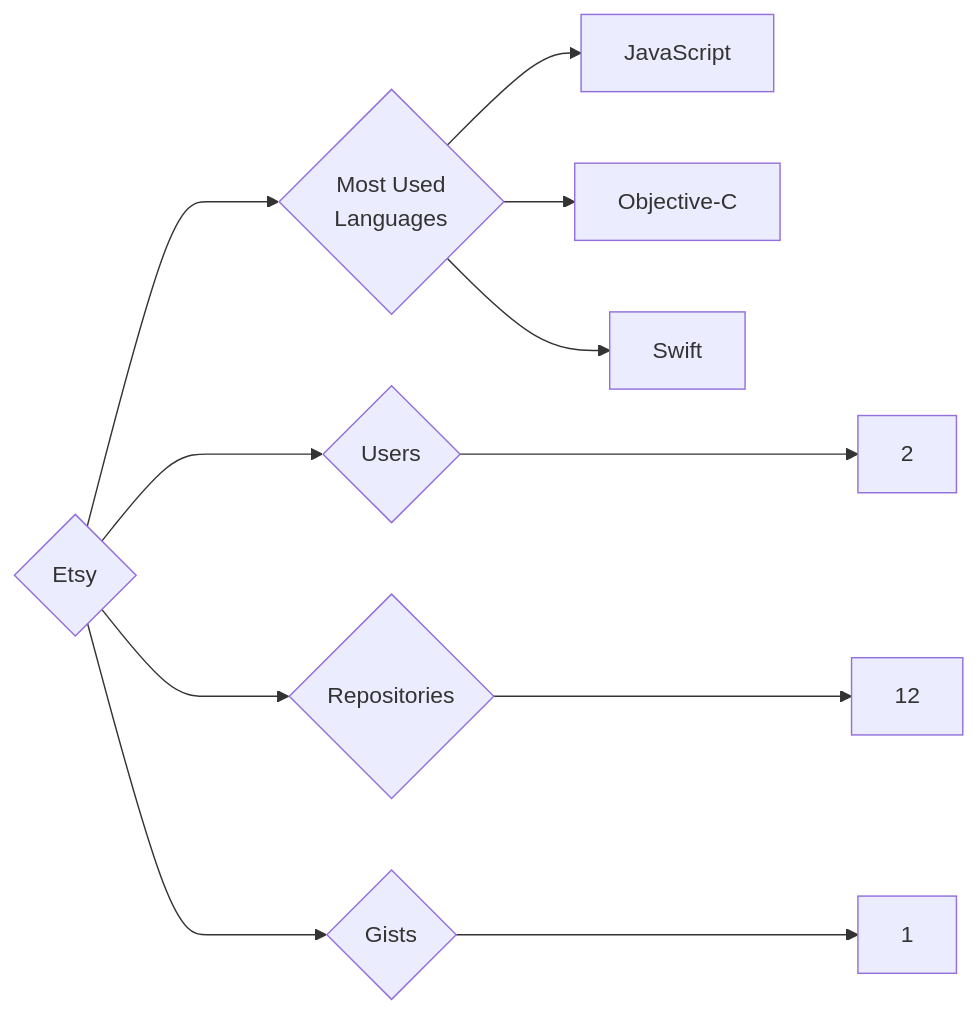
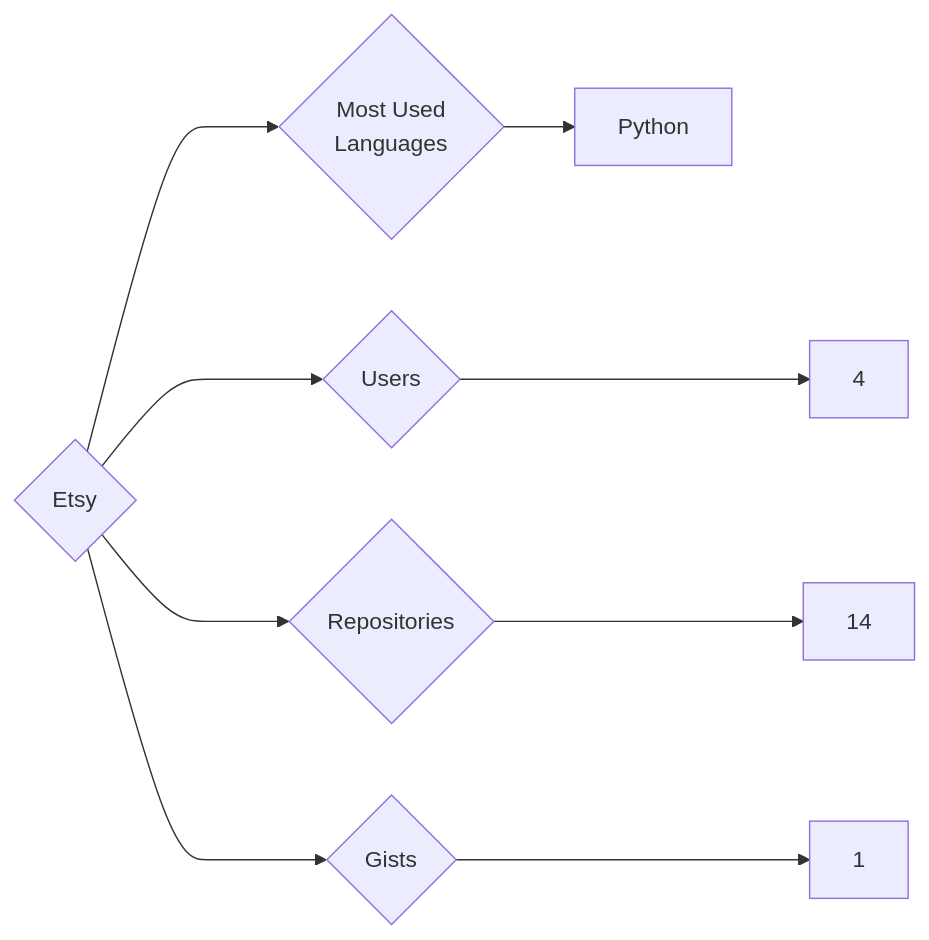
The diagram in targets/Etsy/README.md (trickest/insiders), drawn with Mermaid before and after one commit. The commit also changed 1166 other files, not shown here.

````diff
--- a/targets/Etsy/README.md
+++ b/targets/Etsy/README.md
@@ -3,11 +3,9 @@
 ```mermaid
 graph LR
 COMPANY_NAME{Etsy}
-COMPANY_NAME ---> U{Users} ---> UN[2]
-COMPANY_NAME ---> R{Repositories} ---> RN[12]
+COMPANY_NAME ---> U{Users} ---> UN[4]
+COMPANY_NAME ---> R{Repositories} ---> RN[14]
 COMPANY_NAME ---> G{Gists} ---> GN[1]
 COMPANY_NAME ---> ML{Most Used<br>Languages}
-ML --> JavaScript[JavaScript]
-ML --> Objective-C[Objective-C]
-ML --> Swift[Swift]
+ML --> Python[Python]
 ```
````
